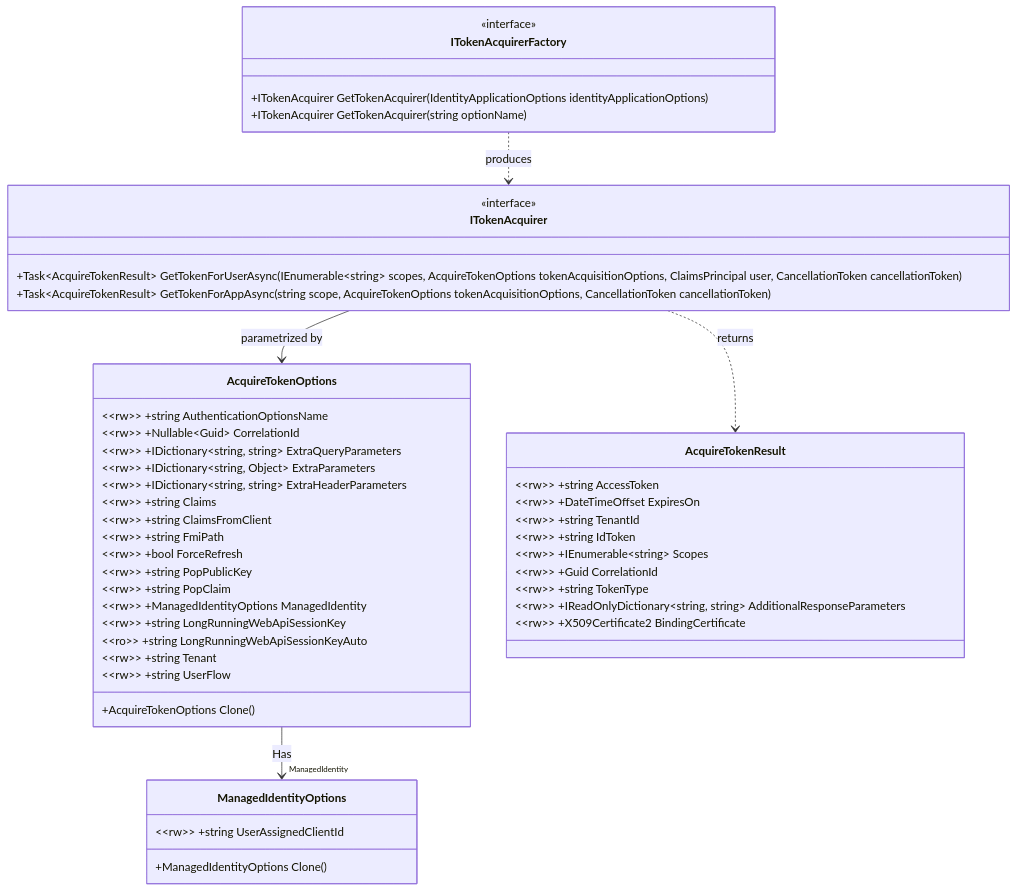
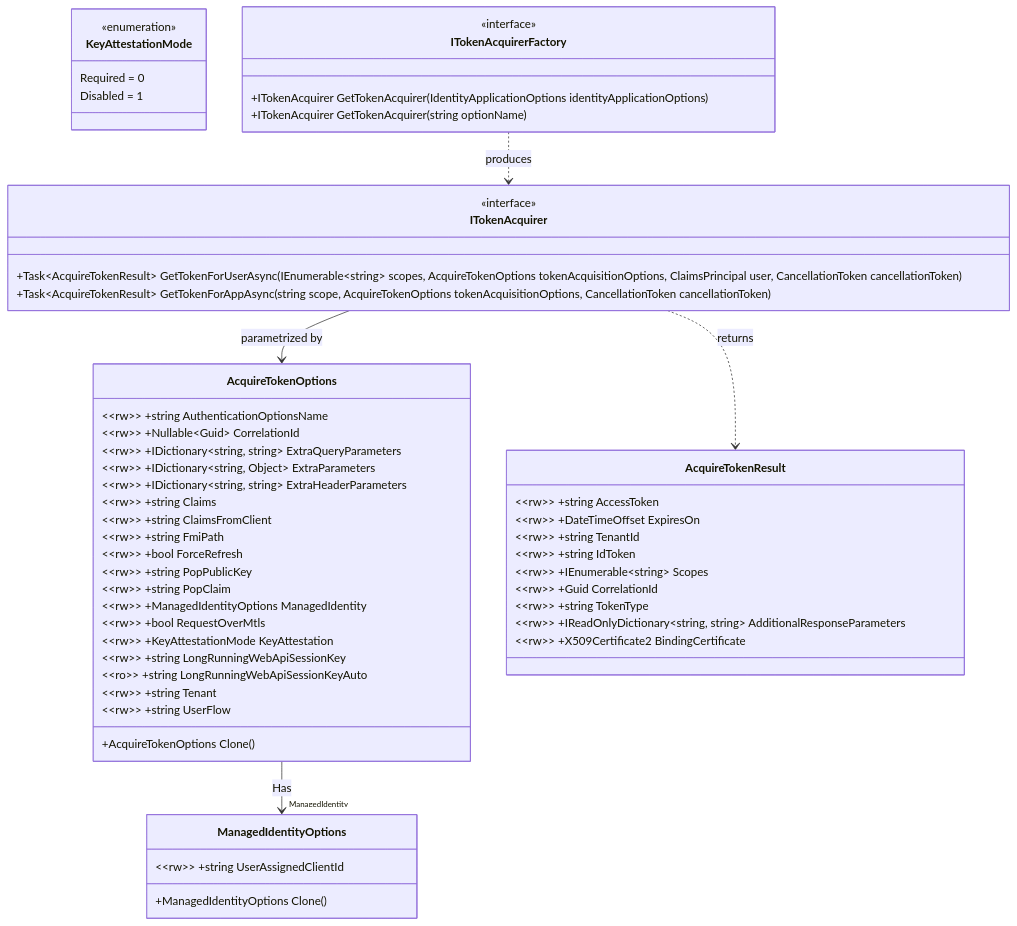
Before and after one commit to AzureAD/microsoft-identity-abstractions-for-dotnet: the fifth of 7 diagrams in README.md, drawn with Mermaid. The commit also changed other lines of this file and 10 other files, not shown here.

First line of the commit message:
Add typed mTLS acquisition and required-by-default attestation options

````diff
--- a/README.md
+++ b/README.md
@@ -439,50 +483,57 @@
 ```mermaid
 classDiagram
    class AcquireTokenOptions {
     +AcquireTokenOptions Clone()
     &lt;&lt;rw&gt;&gt; +string AuthenticationOptionsName
     &lt;&lt;rw&gt;&gt; +Nullable&lt;Guid&gt; CorrelationId
     &lt;&lt;rw&gt;&gt; +IDictionary&lt;string, string&gt; ExtraQueryParameters
     &lt;&lt;rw&gt;&gt; +IDictionary&lt;string, Object&gt; ExtraParameters
     &lt;&lt;rw&gt;&gt; +IDictionary&lt;string, string&gt; ExtraHeaderParameters
     &lt;&lt;rw&gt;&gt; +string Claims
     &lt;&lt;rw&gt;&gt; +string ClaimsFromClient
     &lt;&lt;rw&gt;&gt; +string FmiPath
     &lt;&lt;rw&gt;&gt; +bool ForceRefresh
     &lt;&lt;rw&gt;&gt; +string PopPublicKey
     &lt;&lt;rw&gt;&gt; +string PopClaim
     &lt;&lt;rw&gt;&gt; +ManagedIdentityOptions ManagedIdentity
+    &lt;&lt;rw&gt;&gt; +bool RequestOverMtls
+    &lt;&lt;rw&gt;&gt; +KeyAttestationMode KeyAttestation
     &lt;&lt;rw&gt;&gt; +string LongRunningWebApiSessionKey
     &lt;&lt;ro&gt;&gt; +string LongRunningWebApiSessionKeyAuto
     &lt;&lt;rw&gt;&gt; +string Tenant
     &lt;&lt;rw&gt;&gt; +string UserFlow
+    }
+    class KeyAttestationMode {
+    <<enumeration>>
+    Required = 0
+    Disabled = 1
     }
     class AcquireTokenResult {
     &lt;&lt;rw&gt;&gt; +string AccessToken
     &lt;&lt;rw&gt;&gt; +DateTimeOffset ExpiresOn
     &lt;&lt;rw&gt;&gt; +string TenantId
     &lt;&lt;rw&gt;&gt; +string IdToken
     &lt;&lt;rw&gt;&gt; +IEnumerable&lt;string&gt; Scopes
     &lt;&lt;rw&gt;&gt; +Guid CorrelationId
     &lt;&lt;rw&gt;&gt; +string TokenType
     &lt;&lt;rw&gt;&gt; +IReadOnlyDictionary&lt;string, string&gt; AdditionalResponseParameters
     &lt;&lt;rw&gt;&gt; +X509Certificate2 BindingCertificate
     }
     class ITokenAcquirer { <<interface>>
     +Task&lt;AcquireTokenResult&gt; GetTokenForUserAsync(IEnumerable&lt;string&gt; scopes, AcquireTokenOptions tokenAcquisitionOptions, ClaimsPrincipal user, CancellationToken cancellationToken)
     +Task&lt;AcquireTokenResult&gt; GetTokenForAppAsync(string scope, AcquireTokenOptions tokenAcquisitionOptions, CancellationToken cancellationToken)
     }
     class ITokenAcquirerFactory { <<interface>>
     +ITokenAcquirer GetTokenAcquirer(IdentityApplicationOptions identityApplicationOptions)
     +ITokenAcquirer GetTokenAcquirer(string optionName)
     }
     class ManagedIdentityOptions {
     +ManagedIdentityOptions Clone()
     &lt;&lt;rw&gt;&gt; +string UserAssignedClientId
     }
 
    ITokenAcquirerFactory ..> ITokenAcquirer : produces
    ITokenAcquirer -->  AcquireTokenOptions : parametrized by
    AcquireTokenOptions --> "ManagedIdentity" ManagedIdentityOptions : Has
    ITokenAcquirer ..>  AcquireTokenResult : returns
 ```
````
